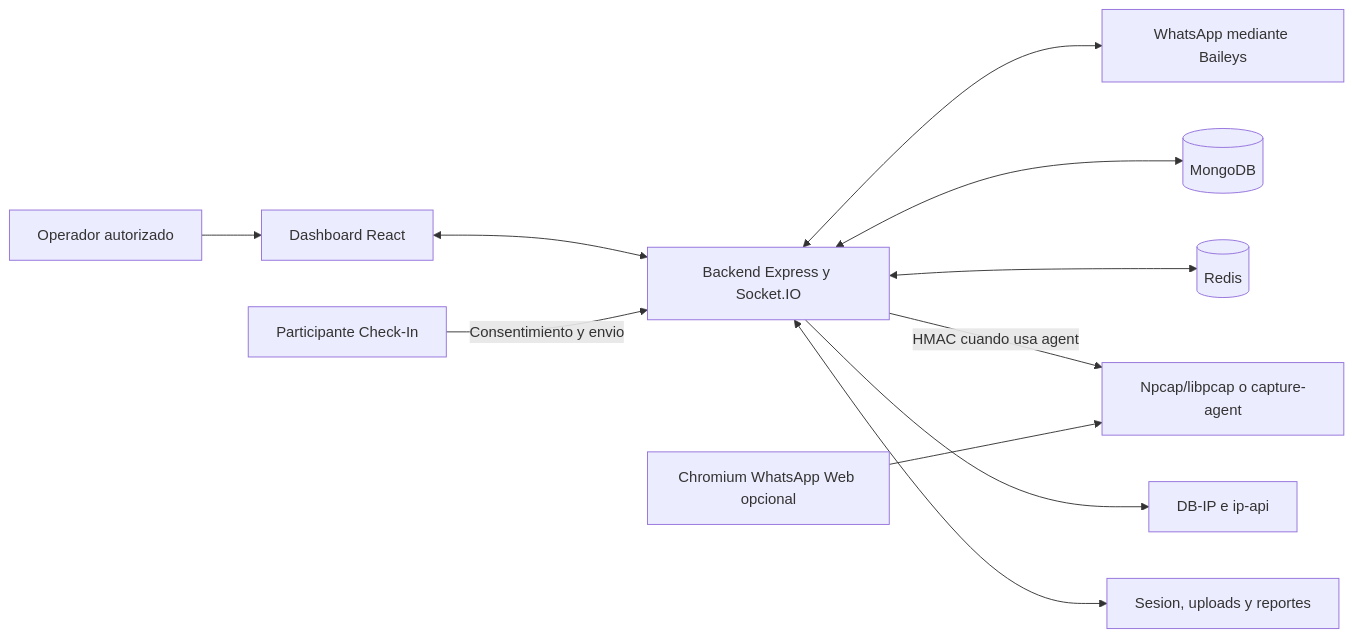
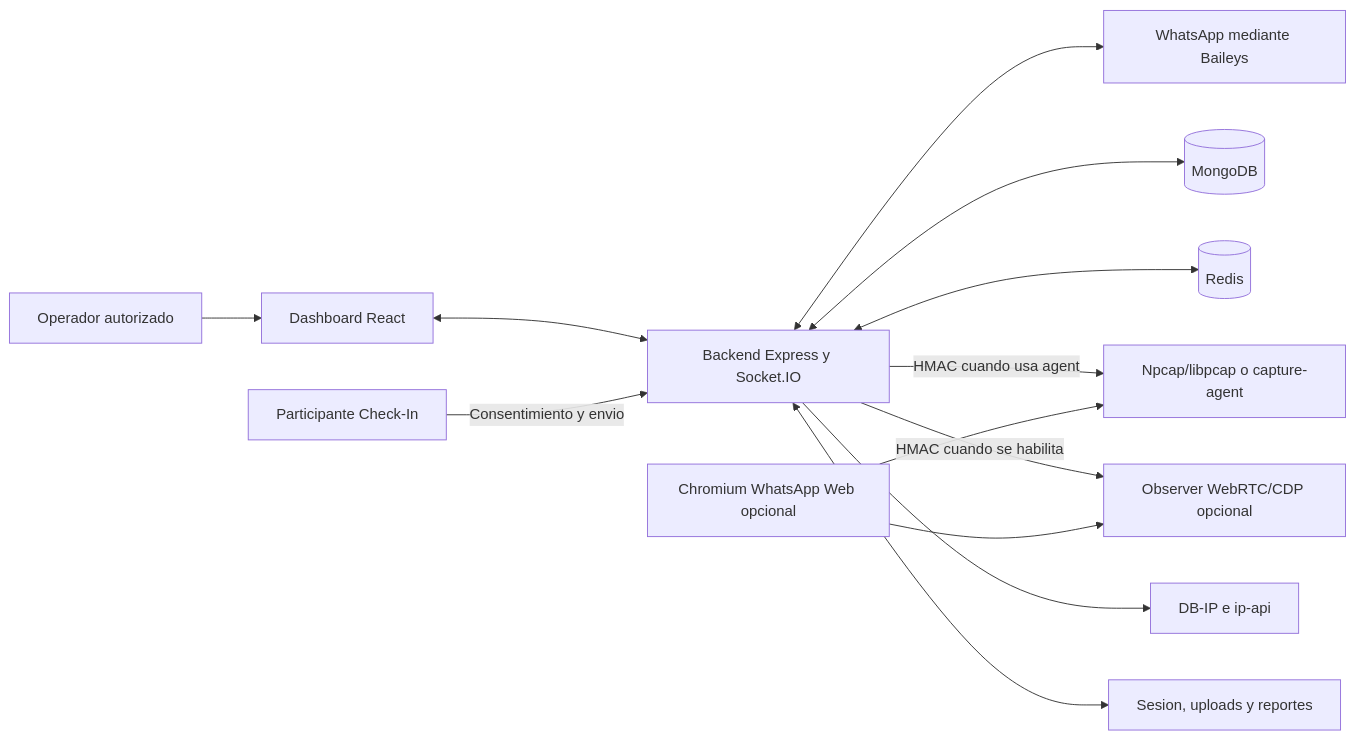
Before and after one commit to deco31416/wp-monitor: the first of 3 diagrams in docs/architecture/README.md, drawn with Mermaid. The commit also changed other lines of this file and 66 other files, not shown here.

Commit message:
feat: add bounded WebRTC call evidence

````diff
--- a/docs/architecture/README.md
+++ b/docs/architecture/README.md
@@ -37,25 +37,28 @@
 ```mermaid
 flowchart LR
     Operator[Operador autorizado]
     Participant[Participante Check-In]
     Browser[Dashboard React]
     API[Backend Express y Socket.IO]
     WA[WhatsApp mediante Baileys]
     DB[(MongoDB)]
     Redis[(Redis)]
     WebWA[Chromium WhatsApp Web opcional]
     Capture[Npcap/libpcap o capture-agent]
+    Observer[Observer WebRTC/CDP opcional]
     Geo[DB-IP e ip-api]
     Files[Sesion, uploads y reportes]
 
     Operator --> Browser
     Browser <--> API
     API <--> WA
     API <--> DB
     API <--> Redis
     API -->|HMAC cuando usa agent| Capture
     WebWA --> Capture
+    API -->|HMAC cuando se habilita| Observer
+    WebWA --> Observer
     API --> Geo
     API <--> Files
     Participant -->|Consentimiento y envio| API
 ```
````
